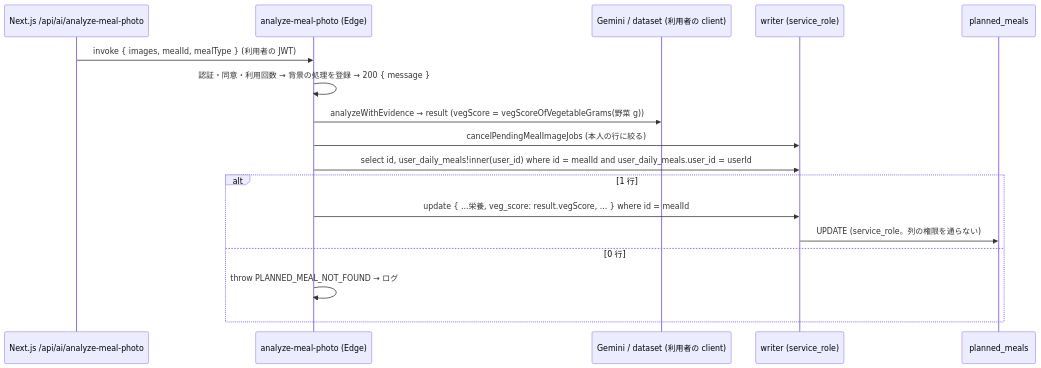
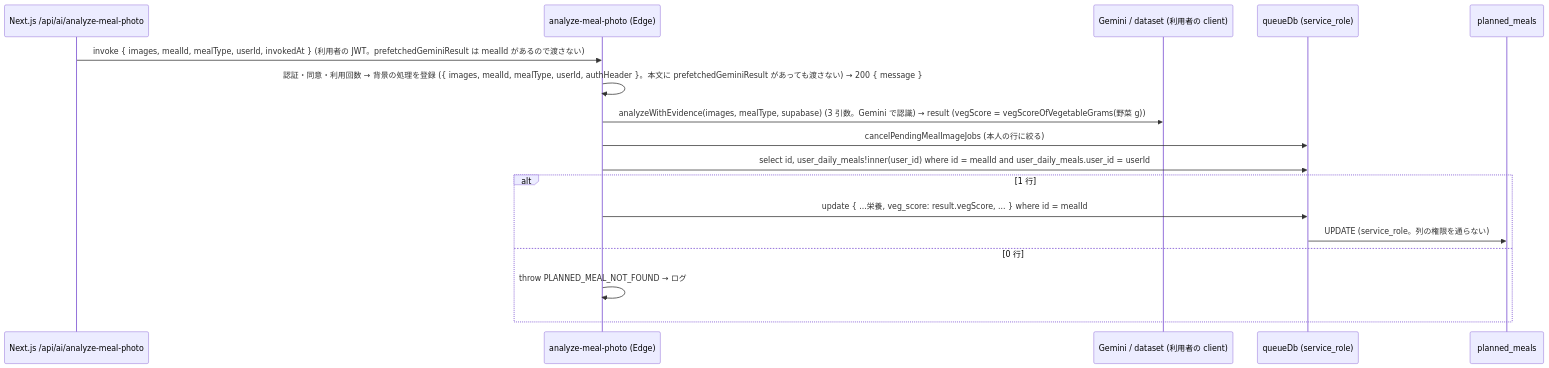
One commit to DaisukeHori/homegohan-app changed the third of 4 diagrams in docs/design/cross/23-planned-meals-score-integrity.md. Above: the diagram before and after it, drawn with Mermaid. The commit also changed other lines of this file, not shown here.

Commit message:
docs(design): cross/23 修正 R2 (写真の解析の mealId の経路で prefetchedGeminiResult を使わない・取り消しの client の名前 queueDb を保つ・完了は自己申告のままで Q-2 を未決に・§19 の承認の文を消す)

````diff
--- a/docs/design/cross/23-planned-meals-score-integrity.md
+++ b/docs/design/cross/23-planned-meals-score-integrity.md
@@ -2373,19 +2479,19 @@
 ```mermaid
 sequenceDiagram
   participant A as Next.js /api/ai/analyze-meal-photo
   participant E as analyze-meal-photo (Edge)
   participant G as Gemini / dataset (利用者の client)
-  participant W as writer (service_role)
+  participant W as queueDb (service_role)
   participant T as planned_meals
-  A->>E: invoke { images, mealId, mealType } (利用者の JWT)
-  E->>E: 認証・同意・利用回数 → 背景の処理を登録 → 200 { message }
-  E->>G: analyzeWithEvidence → result (vegScore = vegScoreOfVegetableGrams(野菜 g))
+  A->>E: invoke { images, mealId, mealType, userId, invokedAt } (利用者の JWT。prefetchedGeminiResult は mealId があるので渡さない)
+  E->>E: 認証・同意・利用回数 → 背景の処理を登録 ({ images, mealId, mealType, userId, authHeader }。本文に prefetchedGeminiResult があっても渡さない) → 200 { message }
+  E->>G: analyzeWithEvidence(images, mealType, supabase) (3 引数。Gemini で認識) → result (vegScore = vegScoreOfVegetableGrams(野菜 g))
   E->>W: cancelPendingMealImageJobs (本人の行に絞る)
   E->>W: select id, user_daily_meals!inner(user_id) where id = mealId and user_daily_meals.user_id = userId
   alt 1 行
     E->>W: update { ...栄養, veg_score: result.vegScore, ... } where id = mealId
     W->>T: UPDATE (service_role。列の権限を通らない)
   else 0 行
     E->>E: throw PLANNED_MEAL_NOT_FOUND → ログ
   end
 ```
````
